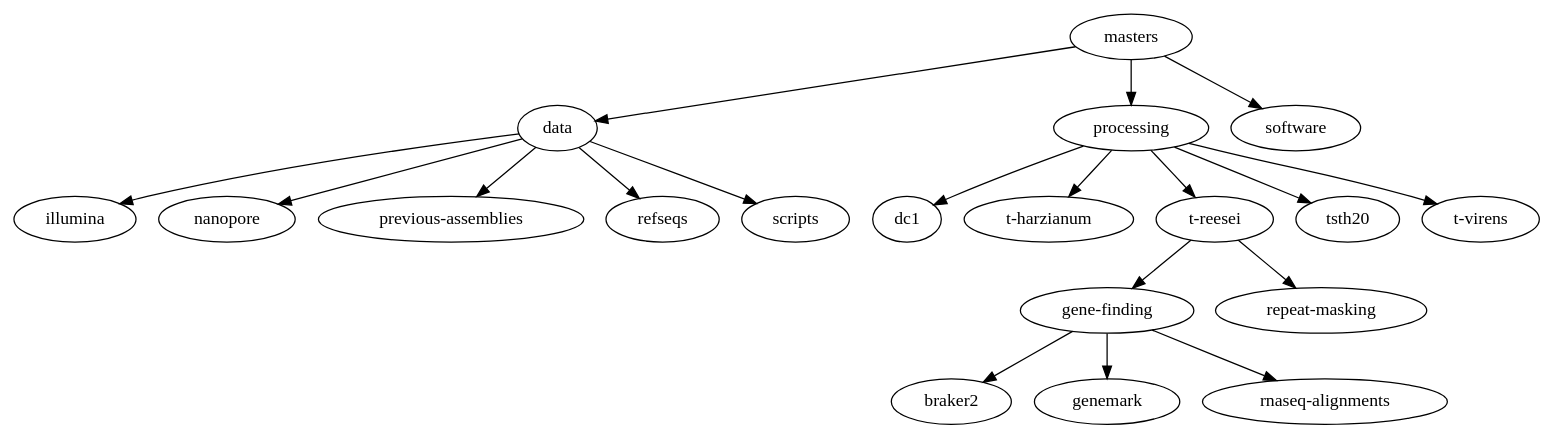
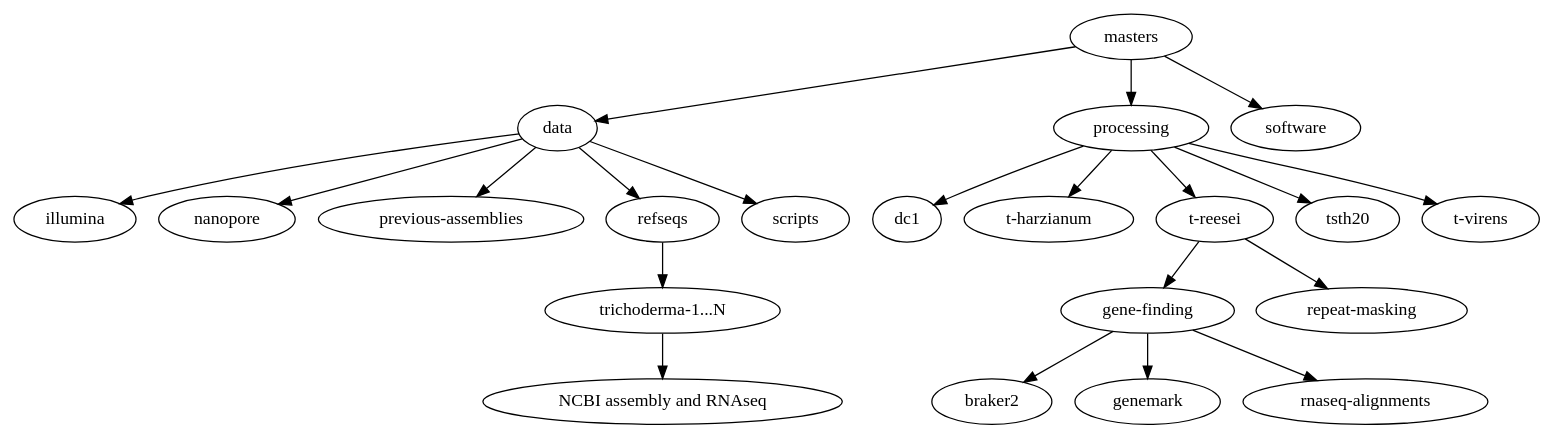
The diagram in directory-flowchart.dot (cbe453/masters), drawn with Graphviz before and after one commit. The commit also changed 1 other file, not shown here.

Commit message:
adding initial flowchart for directory structure

```diff
--- a/directory-flowchart.dot
+++ b/directory-flowchart.dot
@@ -1,21 +1,24 @@
 digraph {
   rankdir = "TB";
   masters -> data;
   masters -> processing;
   masters -> software;
   data -> illumina;
   data -> nanopore;
   data -> "previous-assemblies";
   data -> refseqs;
   data -> scripts;
   processing -> dc1;
   processing -> "t-harzianum";
   processing -> "t-reesei";
   processing -> tsth20;
   processing -> "t-virens"
   "t-reesei" -> "gene-finding";
   "t-reesei" -> "repeat-masking"
   "gene-finding" -> braker2;
   "gene-finding" -> genemark;
   "gene-finding" -> "rnaseq-alignments";
+  refseqs -> "trichoderma-1...N";
+  "trichoderma-1...N" -> "NCBI assembly and RNAseq";
+
 }
```
